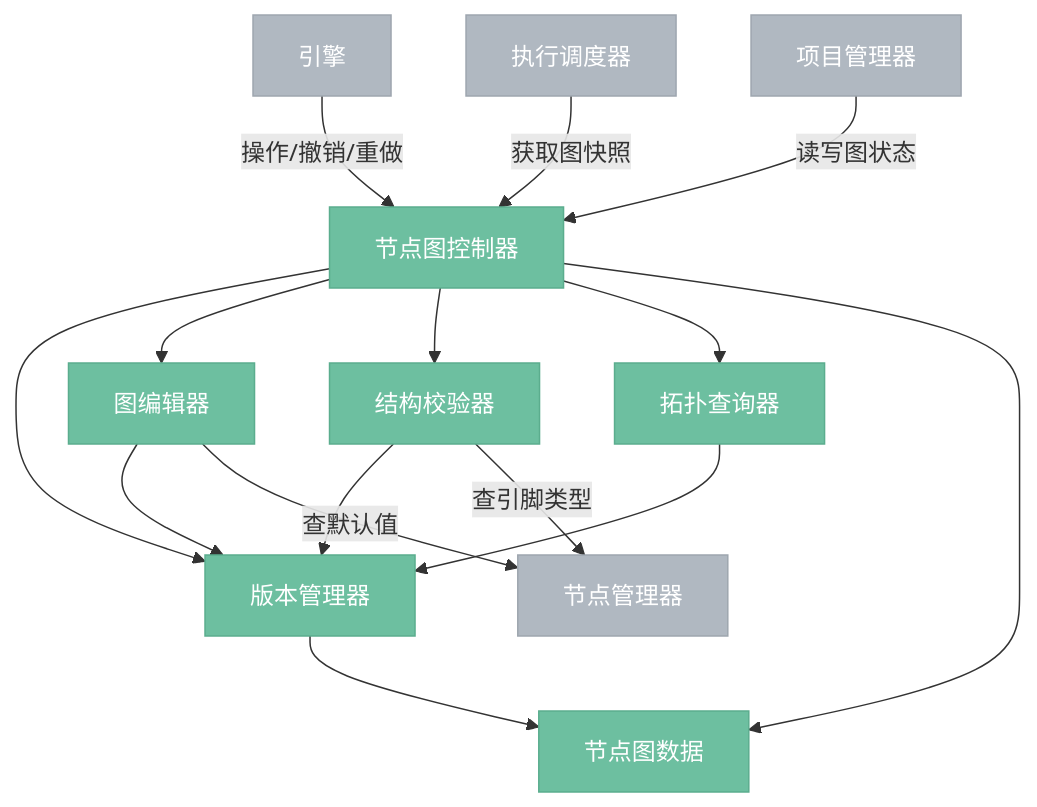
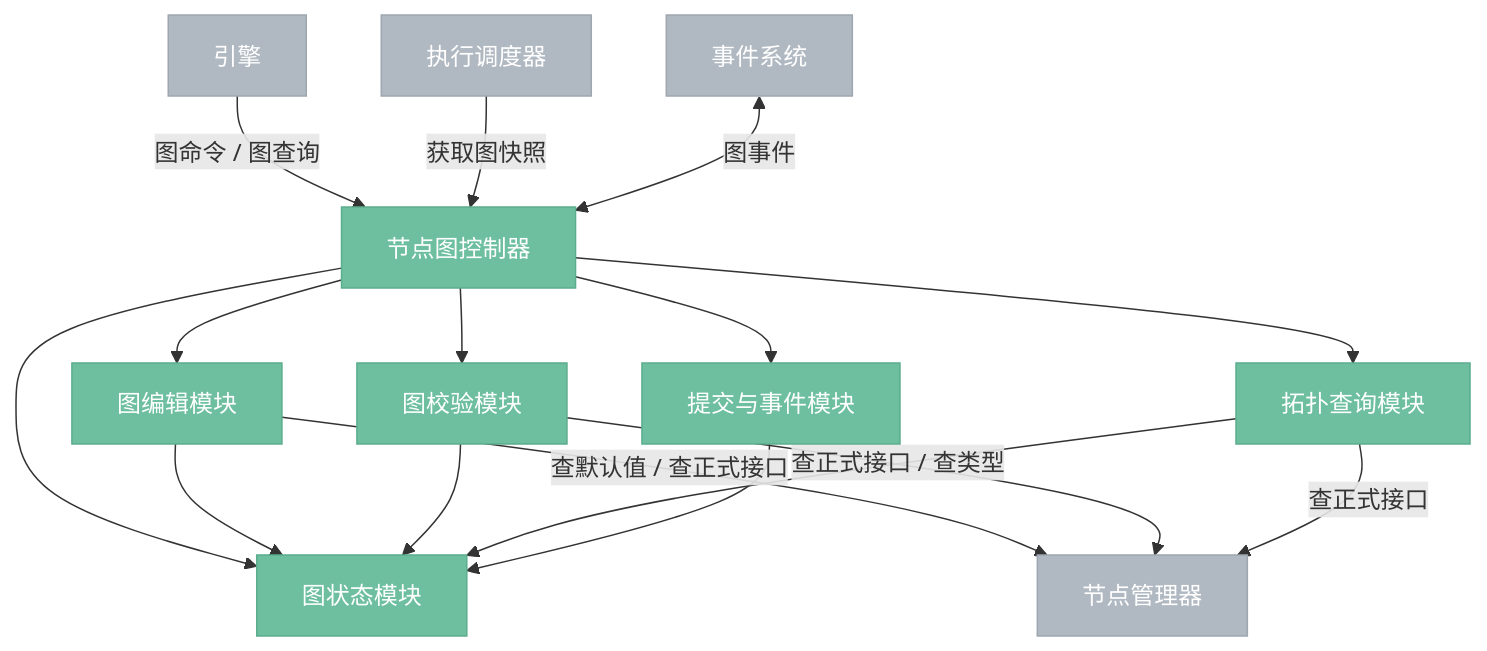
One commit to aporicho/nodeimg changed the first of 5 diagrams in docs/target/4.2.0-graph-controller.impl.md. Above: the diagram before and after it, drawn with Mermaid. The commit also changed other lines of this file and 90 other files, not shown here.

First line of the commit message:
refactor(engine): restructure graph module and scaffold scheduler

````diff
--- a/docs/target/4.2.0-graph-controller.impl.md
+++ b/docs/target/4.2.0-graph-controller.impl.md
@@ -7,24 +57,26 @@
 ```mermaid
 %%{ init: { 'flowchart': { 'curve': 'basis' } } }%%
 flowchart TB
     classDef internal fill:#6DBFA0,stroke:#5BAD8E,color:#fff
     classDef external fill:#B0B8C1,stroke:#9EA6AF,color:#fff
 
-    引擎["引擎"]:::external -->|"操作/撤销/重做"| 控制器["节点图控制器"]:::internal
+    引擎["引擎"]:::external -->|"图命令 / 图查询"| 控制器["节点图控制器"]:::internal
 
-    控制器 --> 版本管理器["版本管理器"]:::internal
-    控制器 --> 图编辑器["图编辑器"]:::internal
-    控制器 --> 结构校验器["结构校验器"]:::internal
-    控制器 --> 拓扑查询器["拓扑查询器"]:::internal
+    控制器 --> 状态["图状态模块"]:::internal
+    控制器 --> 编辑["图编辑模块"]:::internal
+    控制器 --> 校验["图校验模块"]:::internal
+    控制器 --> 查询["拓扑查询模块"]:::internal
+    控制器 --> 提交["提交与事件模块"]:::internal
 
-    控制器 --> 节点图数据["节点图数据"]:::internal
-    版本管理器 --> 节点图数据
-    图编辑器 --> 版本管理器
-    结构校验器 --> 版本管理器
-    拓扑查询器 --> 版本管理器
+    编辑 --> 状态
+    校验 --> 状态
+    查询 --> 状态
+    提交 --> 状态
+
+    编辑 -->|"查默认值 / 查正式接口"| 节点管理器["节点管理器"]:::external
+    校验 -->|"查正式接口 / 查类型"| 节点管理器
+    查询 -->|"查正式接口"| 节点管理器
 
     调度器["执行调度器"]:::external -->|"获取图快照"| 控制器
-    项目管理器["项目管理器"]:::external -->|"读写图状态"| 控制器
-    结构校验器 -->|"查引脚类型"| 节点管理器["节点管理器"]:::external
-    图编辑器 -->|"查默认值"| 节点管理器
+    事件系统["事件系统"]:::external <-->|"图事件"| 控制器
 ```
````
